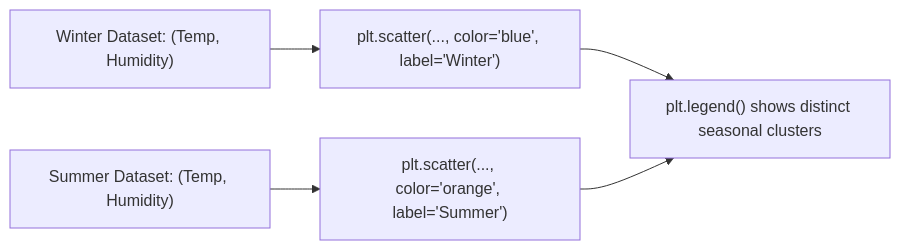
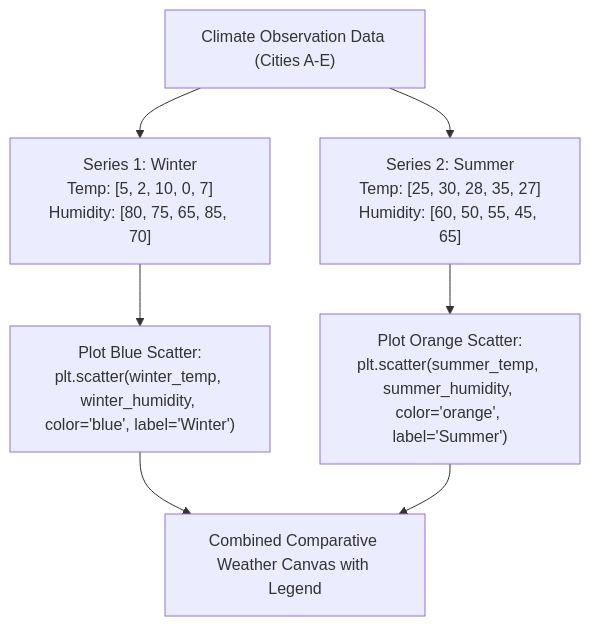
Before and after one commit to S1h2i3v4a/AI_ML: the diagram in lecture_18/Notes_18.16/README.md, drawn with Mermaid. The commit also changed other lines of this file and 71 other files, not shown here.

Commit message:
docs(lecture 18): align notes with video lectures, add blackboard diagrams, clean structured functions, and compile vector PDFs

````diff
--- a/lecture_18/Notes_18.16/README.md
+++ b/lecture_18/Notes_18.16/README.md
@@ -22,6 +18,8 @@
 ```mermaid
-flowchart LR
-    A["Winter Dataset: (Temp, Humidity)"] --> C["plt.scatter(..., color='blue', label='Winter')"]
-    B["Summer Dataset: (Temp, Humidity)"] --> D["plt.scatter(..., color='orange', label='Summer')"]
-    C & D --> E["plt.legend() shows distinct seasonal clusters"]
+flowchart TD
+    A["Climate Observation Data (Cities A-E)"] --> B["Series 1: Winter<br/>Temp: [5, 2, 10, 0, 7]<br/>Humidity: [80, 75, 65, 85, 70]"]
+    A --> C["Series 2: Summer<br/>Temp: [25, 30, 28, 35, 27]<br/>Humidity: [60, 50, 55, 45, 65]"]
+    B --> D["Plot Blue Scatter:<br/>plt.scatter(winter_temp, winter_humidity, color='blue', label='Winter')"]
+    C --> E["Plot Orange Scatter:<br/>plt.scatter(summer_temp, summer_humidity, color='orange', label='Summer')"]
+    D & E --> F["Combined Comparative Weather Canvas with Legend"]
 ```
````
